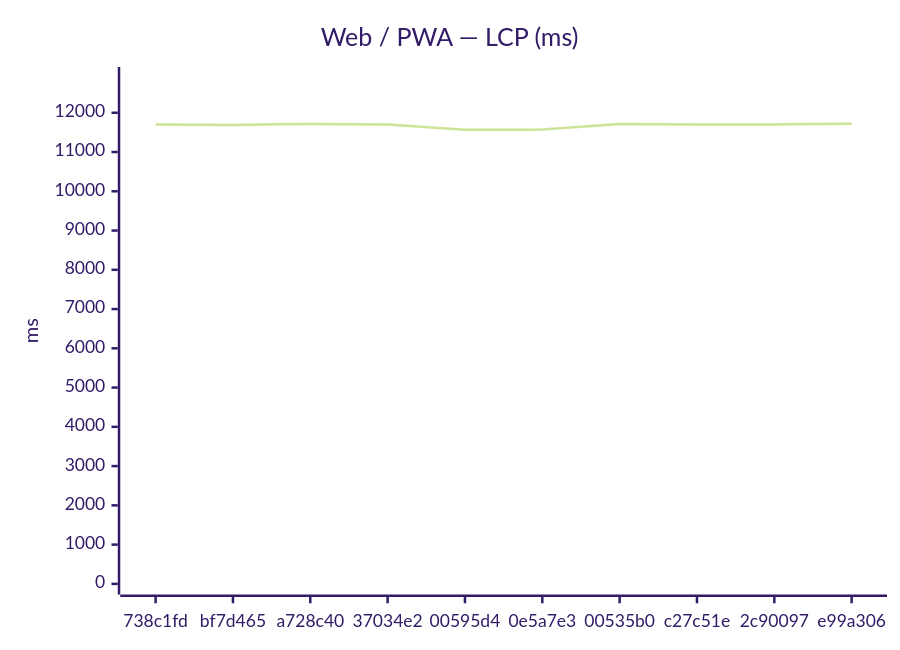
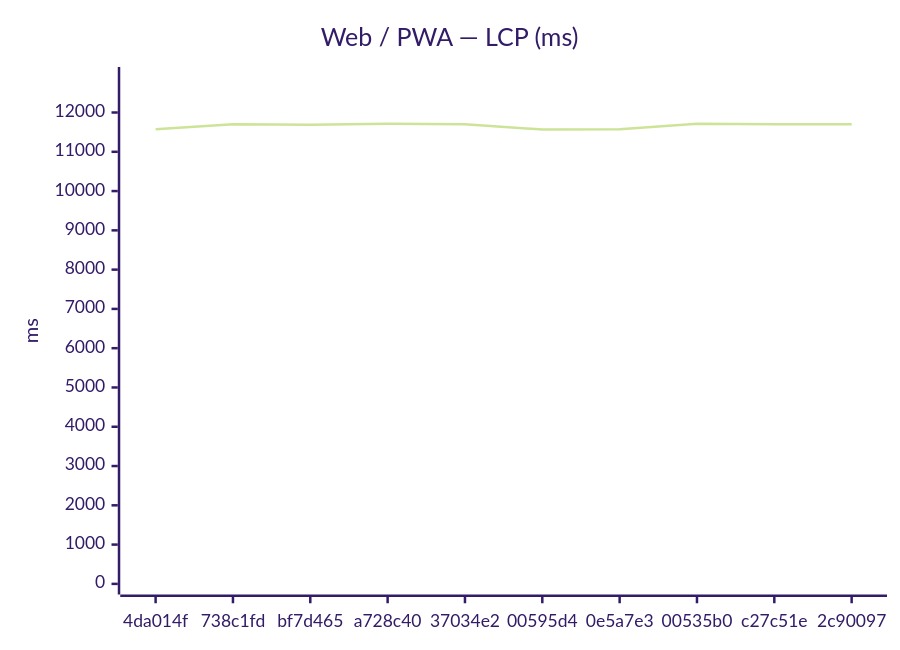
Before and after one commit to Metaheurist/Rianell: the first of 24 diagrams in benchmarks/compare.md, drawn with Mermaid (forest theme). The commit also changed other lines of this file and 13 other files, not shown here.

````diff
--- a/benchmarks/compare.md
+++ b/benchmarks/compare.md
@@ -24,7 +24,7 @@
 ```mermaid
 xychart-beta
     title "Web / PWA — LCP (ms)"
-    x-axis ["738c1fd", "bf7d465", "a728c40", "37034e2", "00595d4", "0e5a7e3", "00535b0", "c27c51e", "2c90097", "e99a306"]
-    y-axis "ms" 0 --> 12895
-    line [11701, 11691, 11716, 11698, 11566, 11571, 11711, 11699, 11703, 11722]
+    x-axis ["4da014f", "738c1fd", "bf7d465", "a728c40", "37034e2", "00595d4", "0e5a7e3", "00535b0", "c27c51e", "2c90097"]
+    y-axis "ms" 0 --> 12888
+    line [11572, 11701, 11691, 11716, 11698, 11566, 11571, 11711, 11699, 11703]
 ```
````
